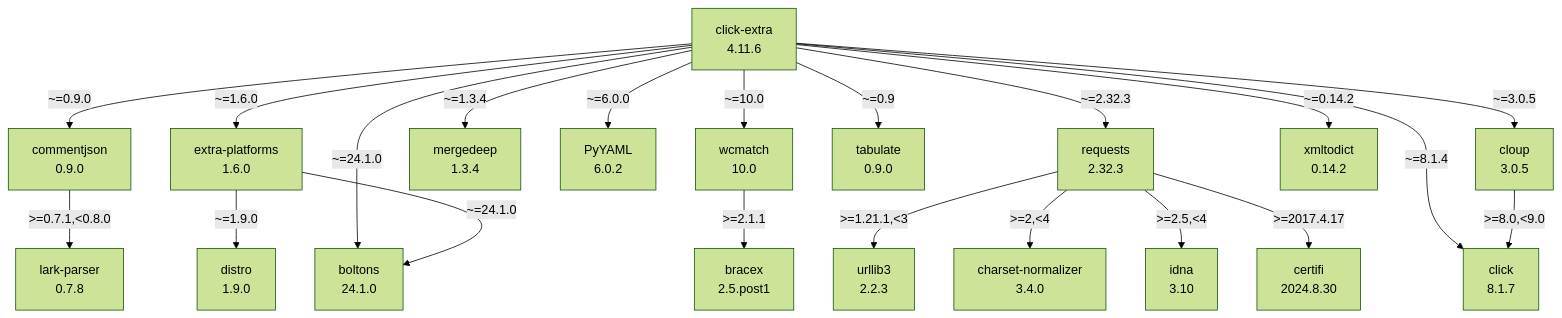
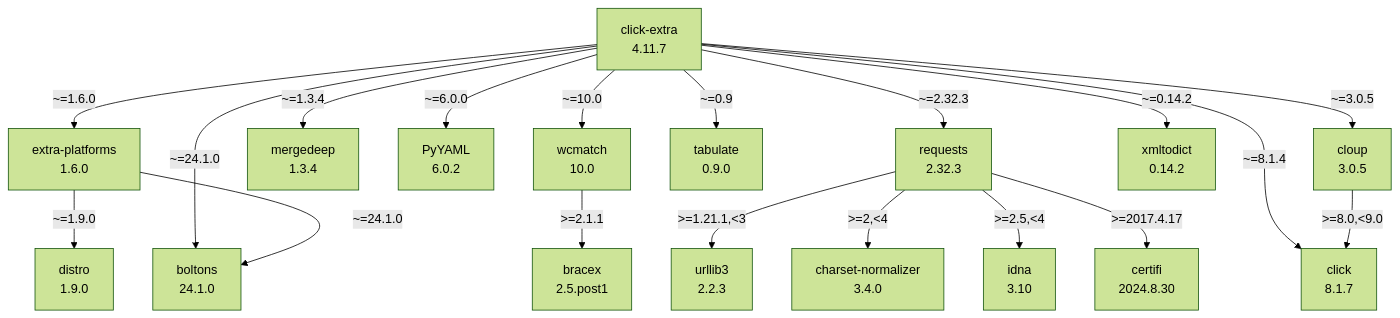
One commit to kdeldycke/click-extra changed the diagram in docs/assets/dependencies.mmd. Above: the diagram before and after it, drawn with Mermaid (forest theme).

Commit message:
[autofix] Regenerate dependency graph

```diff
--- a/docs/assets/dependencies.mmd
+++ b/docs/assets/dependencies.mmd
@@ -1,41 +1,37 @@
 flowchart TD
     classDef missing stroke-dasharray: 5
     boltons["boltons\n24.1.0"]
     bracex["bracex\n2.5.post1"]
     certifi["certifi\n2024.8.30"]
     charset-normalizer["charset-normalizer\n3.4.0"]
-    click-extra["click-extra\n4.11.6"]
+    click-extra["click-extra\n4.11.7"]
     click_0["click\n8.1.7"]
     cloup["cloup\n3.0.5"]
-    commentjson["commentjson\n0.9.0"]
     distro["distro\n1.9.0"]
     extra-platforms["extra-platforms\n1.6.0"]
     idna["idna\n3.10"]
-    lark-parser["lark-parser\n0.7.8"]
     mergedeep["mergedeep\n1.3.4"]
     pyyaml["PyYAML\n6.0.2"]
     requests["requests\n2.32.3"]
     tabulate["tabulate\n0.9.0"]
     urllib3["urllib3\n2.2.3"]
     wcmatch["wcmatch\n10.0"]
     xmltodict["xmltodict\n0.14.2"]
     click-extra -- "~=0.14.2" --> xmltodict
     click-extra -- "~=0.9" --> tabulate
-    click-extra -- "~=0.9.0" --> commentjson
     click-extra -- "~=1.3.4" --> mergedeep
     click-extra -- "~=1.6.0" --> extra-platforms
     click-extra -- "~=10.0" --> wcmatch
     click-extra -- "~=2.32.3" --> requests
     click-extra -- "~=24.1.0" --> boltons
     click-extra -- "~=3.0.5" --> cloup
     click-extra -- "~=6.0.0" --> pyyaml
     click-extra -- "~=8.1.4" --> click_0
     cloup -- ">=8.0,<9.0" --> click_0
-    commentjson -- ">=0.7.1,<0.8.0" --> lark-parser
     extra-platforms -- "~=1.9.0" --> distro
     extra-platforms -- "~=24.1.0" --> boltons
     requests -- ">=1.21.1,<3" --> urllib3
     requests -- ">=2,<4" --> charset-normalizer
     requests -- ">=2.5,<4" --> idna
     requests -- ">=2017.4.17" --> certifi
     wcmatch -- ">=2.1.1" --> bracex
```
